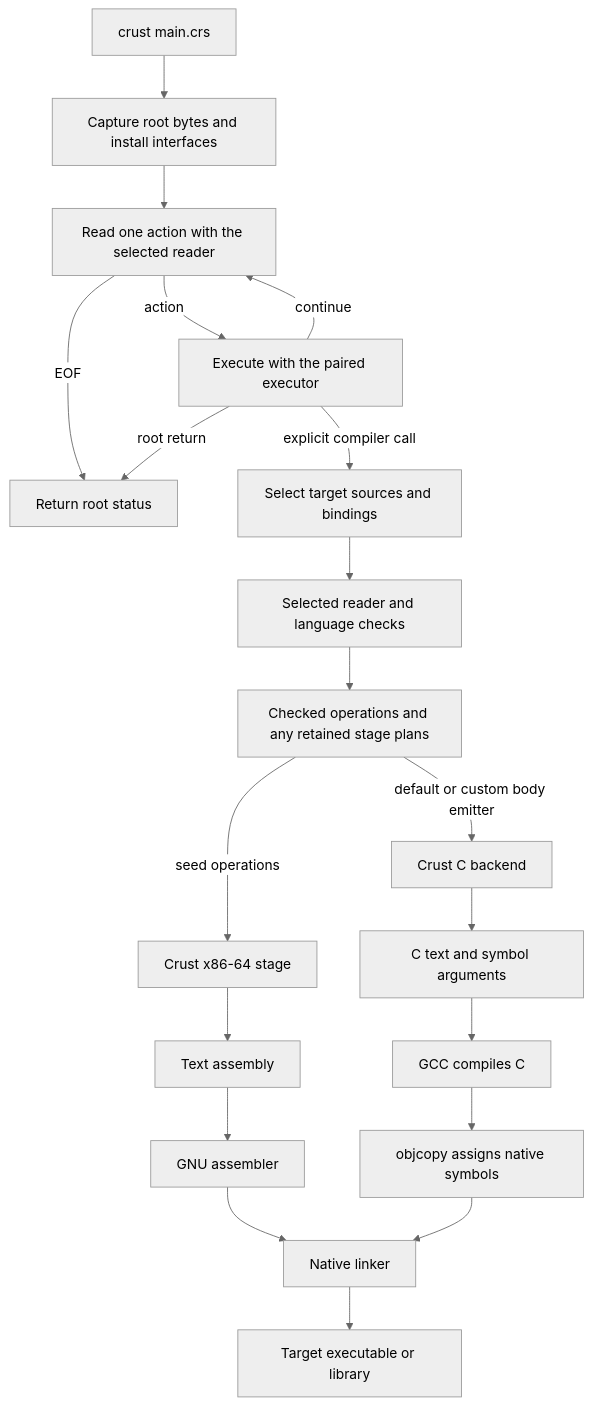
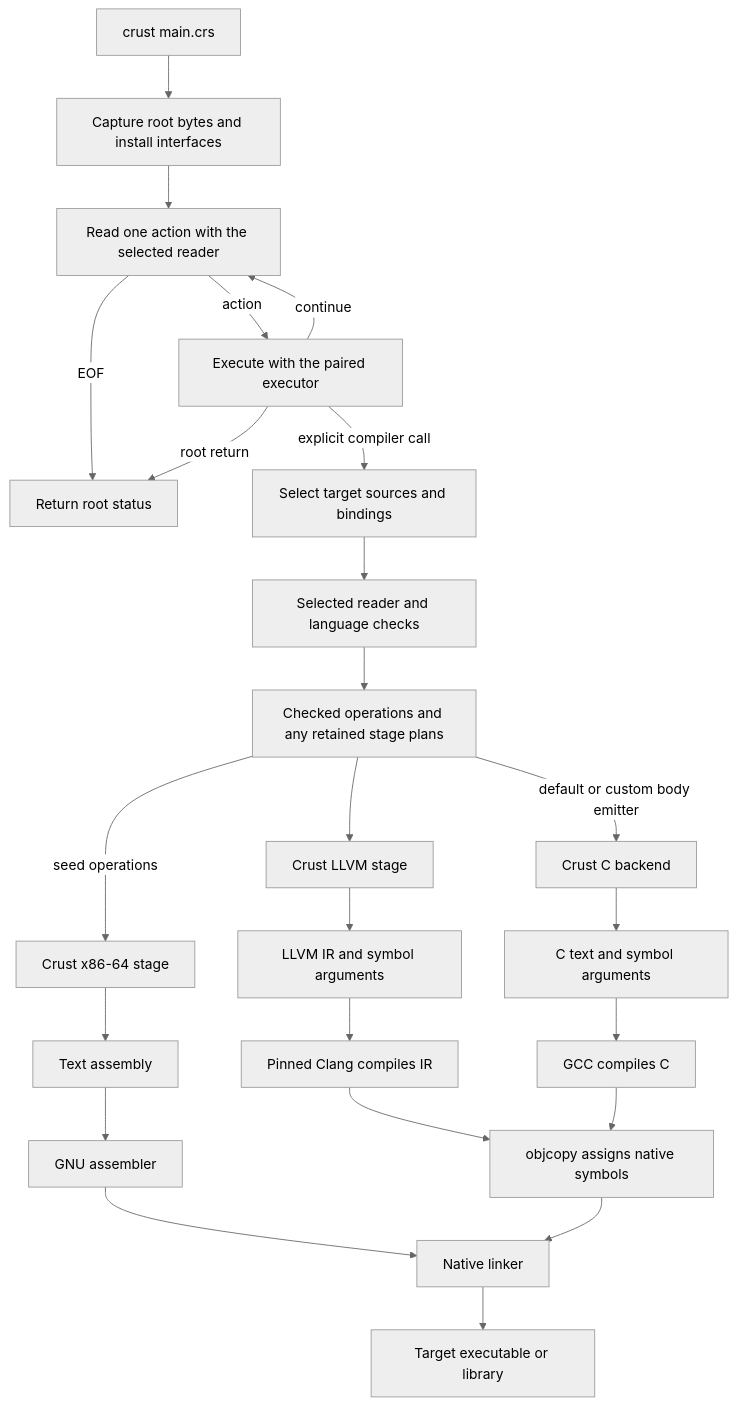
The diagram in docs/design.md (Hardcode84/9), drawn with Mermaid (neutral theme) before and after one commit. The commit also changed other lines of this file and 35 other files, not shown here.

Commit message:
Add a source-built LLVM backend stage and tutorial

````diff
--- a/docs/design.md
+++ b/docs/design.md
@@ -78,23 +78,27 @@
 ```mermaid
 flowchart TD
     Start[crust main.crs] --> Capture[Capture root bytes and install interfaces]
     Capture --> Read[Read one action with the selected reader]
     Read -->|action| Execute[Execute with the paired executor]
     Execute -->|continue| Read
     Read -->|EOF| Stop[Return root status]
     Execute -->|root return| Stop
 
     Execute -->|explicit compiler call| Input[Select target sources and bindings]
     Input --> Frontend[Selected reader and language checks]
     Frontend --> Checked[Checked operations and any retained stage plans]
     Checked -->|seed operations| ASM[Crust x86-64 stage]
     Checked -->|default or custom body emitter| C[Crust C backend]
+    Checked --> LLVM[Crust LLVM stage]
+    LLVM --> IR[LLVM IR and symbol arguments]
+    IR --> Clang[Pinned Clang compiles IR]
+    Clang --> Rename
     ASM --> Assembly[Text assembly]
     Assembly --> Assembler[GNU assembler]
     C --> CText[C text and symbol arguments]
     CText --> GCC[GCC compiles C]
     GCC --> Rename[objcopy assigns native symbols]
     Assembler --> Link[Native linker]
     Rename --> Link
     Link --> Output[Target executable or library]
 ```
````
